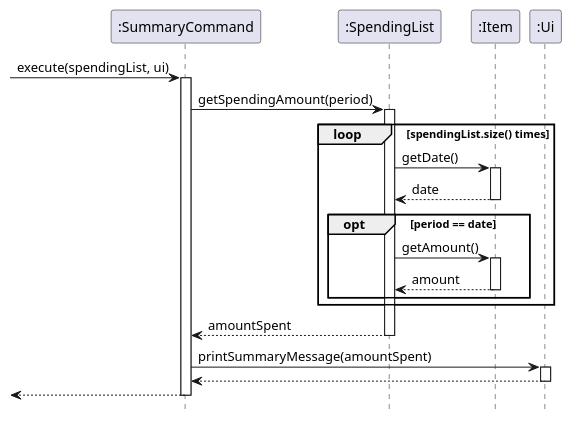
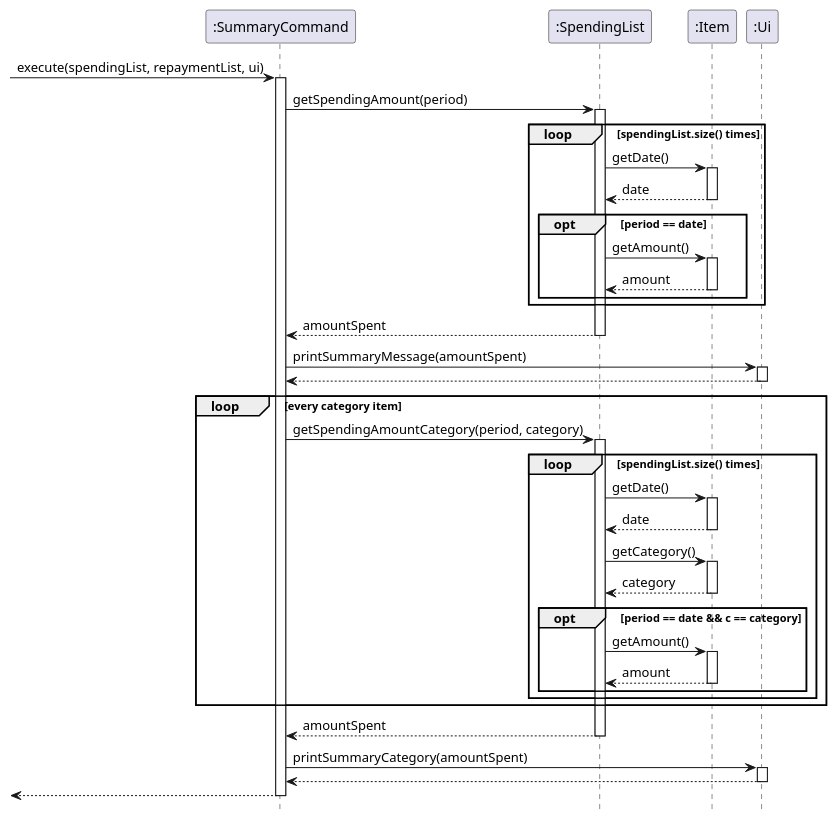
The diagram in src/uml/SummaryCommand.puml (xieyaoyue/tp), drawn with PlantUML before and after one commit. The commit also changed 1 other file, not shown here.

Commit message:
update uml diagram

```diff
--- a/src/uml/SummaryCommand.puml
+++ b/src/uml/SummaryCommand.puml
@@ -1,37 +1,69 @@
 @startuml
 hide footbox
 
--> ":SummaryCommand": execute(spendingList, ui)
+-> ":SummaryCommand": execute(spendingList, repaymentList, ui)
 activate ":SummaryCommand"
 
 ":SummaryCommand" -> ":SpendingList": getSpendingAmount(period)
 activate ":SpendingList"
 
 loop spendingList.size() times
 
 
 ":SpendingList" -> ":Item": getDate()
 activate ":Item"
 ":Item" --> ":SpendingList": date
 deactivate ":Item"
 
 opt period == date
 ":SpendingList" -> ":Item": getAmount()
 activate ":Item"
 ":Item" --> ":SpendingList": amount
 deactivate ":Item"
 
 end
 
 end
 
 ":SpendingList" --> ":SummaryCommand": amountSpent
 deactivate ":SpendingList"
 ":SummaryCommand" -> ":Ui" : printSummaryMessage(amountSpent)
 activate ":Ui"
 ":Ui" --> ":SummaryCommand"
 deactivate ":Ui"
 
+loop every category item
+":SummaryCommand" -> ":SpendingList": getSpendingAmountCategory(period, category)
+activate ":SpendingList"
+
+loop spendingList.size() times
+":SpendingList" -> ":Item": getDate()
+activate ":Item"
+":Item" --> ":SpendingList": date
+deactivate ":Item"
+
+":SpendingList" -> ":Item": getCategory()
+activate ":Item"
+":Item" --> ":SpendingList": category
+deactivate ":Item"
+
+opt period == date && c == category
+":SpendingList" -> ":Item": getAmount()
+activate ":Item"
+":Item" --> ":SpendingList": amount
+deactivate ":Item"
+end
+end
+end
+
+":SpendingList" --> ":SummaryCommand": amountSpent
+deactivate ":SpendingList"
+
+":SummaryCommand" -> ":Ui" : printSummaryCategory(amountSpent)
+activate ":Ui"
+":Ui" --> ":SummaryCommand"
+deactivate ":Ui"
+
 <-- ":SummaryCommand"
 deactivate ":SummaryCommand"
 @enduml
```
